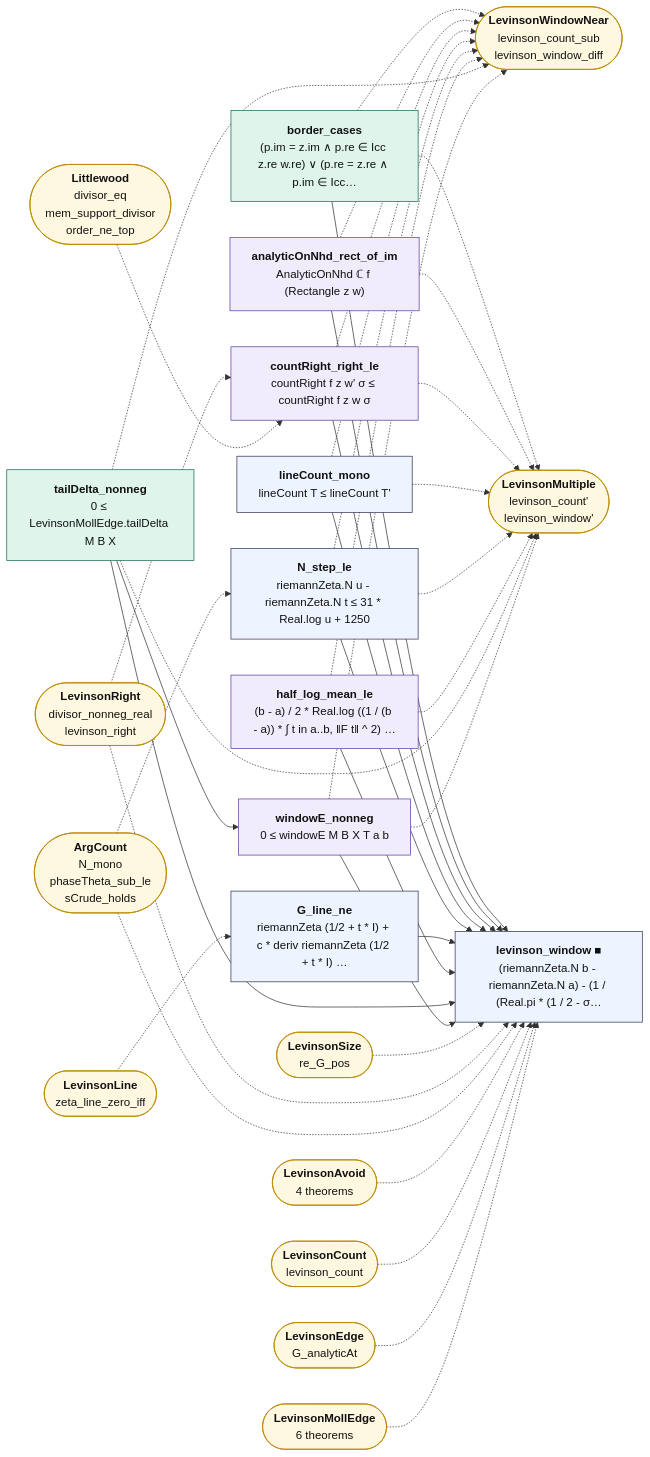
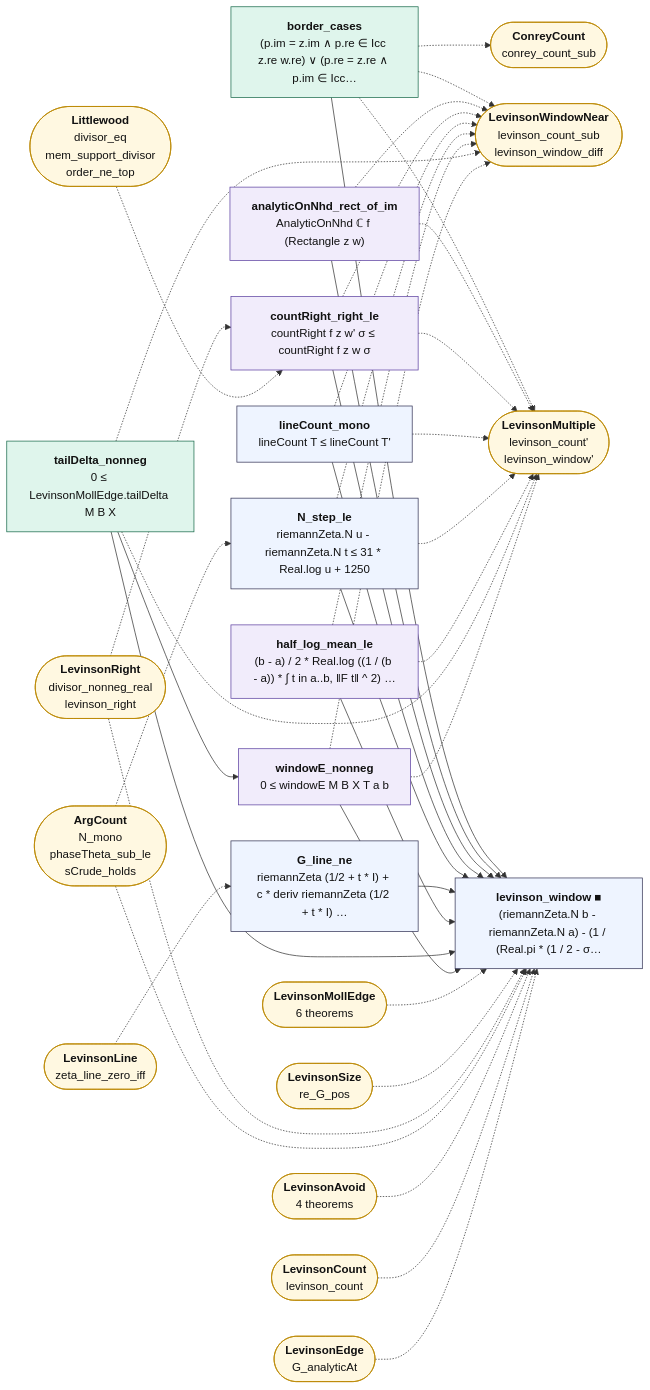
The diagram in map/lean_stage3/LevinsonWindow.md (juliansambranojr/Primebeat_081426), drawn with Mermaid before and after one commit. The commit also changed other lines of this file and 48 other files, not shown here.

````diff
--- a/map/lean_stage3/LevinsonWindow.md
+++ b/map/lean_stage3/LevinsonWindow.md
@@ -14,69 +14,71 @@
 ```mermaid
 flowchart LR
   n0["<b>border_cases</b><br/>(p.im = z.im ∧ p.re ∈ Icc z.re w.re) ∨ (p.re = z.re ∧ p.im ∈ Icc…"]:::cnt
   n1["<b>analyticOnNhd_rect_of_im</b><br/>AnalyticOnNhd ℂ f (Rectangle z w)"]:::shp
   n2["<b>countRight_right_le</b><br/>countRight f z w' σ ≤ countRight f z w σ"]:::shp
   n3["<b>lineCount_mono</b><br/>lineCount T ≤ lineCount T'"]:::thm
   n4["<b>N_step_le</b><br/>riemannZeta.N u - riemannZeta.N t ≤ 31 * Real.log u + 1250"]:::thm
   n5["<b>G_line_ne</b><br/>riemannZeta (1/2 + t * I) + c * deriv riemannZeta (1/2 + t * I) …"]:::thm
   n6["<b>half_log_mean_le</b><br/>(b - a) / 2 * Real.log ((1 / (b - a)) * ∫ t in a..b, ‖F t‖ ^ 2) …"]:::shp
   n7["<b>tailDelta_nonneg</b><br/>0 ≤ LevinsonMollEdge.tailDelta M B X"]:::cnt
   n8["<b>windowE_nonneg</b><br/>0 ≤ windowE M B X T a b"]:::shp
   n9["<b>levinson_window ■</b><br/>(riemannZeta.N b - riemannZeta.N a) - (1 / (Real.pi * (1 / 2 - σ…"]:::thm
-  x0(["<b>LevinsonMultiple</b><br/>levinson_count'<br/>levinson_window'"]):::ext
-  x1(["<b>LevinsonWindowNear</b><br/>levinson_count_sub<br/>levinson_window_diff"]):::ext
-  x2(["<b>LevinsonRight</b><br/>divisor_nonneg_real<br/>levinson_right"]):::ext
-  x3(["<b>Littlewood</b><br/>divisor_eq<br/>mem_support_divisor<br/>order_ne_top"]):::ext
-  x4(["<b>ArgCount</b><br/>N_mono<br/>phaseTheta_sub_le<br/>sCrude_holds"]):::ext
-  x5(["<b>LevinsonLine</b><br/>zeta_line_zero_iff"]):::ext
-  x6(["<b>LevinsonAvoid</b><br/>4 theorems"]):::ext
-  x7(["<b>LevinsonCount</b><br/>levinson_count"]):::ext
-  x8(["<b>LevinsonEdge</b><br/>G_analyticAt"]):::ext
-  x9(["<b>LevinsonMollEdge</b><br/>6 theorems"]):::ext
-  x10(["<b>LevinsonSize</b><br/>re_G_pos"]):::ext
+  x0(["<b>ConreyCount</b><br/>conrey_count_sub"]):::ext
+  x1(["<b>LevinsonMultiple</b><br/>levinson_count'<br/>levinson_window'"]):::ext
+  x2(["<b>LevinsonWindowNear</b><br/>levinson_count_sub<br/>levinson_window_diff"]):::ext
+  x3(["<b>LevinsonRight</b><br/>divisor_nonneg_real<br/>levinson_right"]):::ext
+  x4(["<b>Littlewood</b><br/>divisor_eq<br/>mem_support_divisor<br/>order_ne_top"]):::ext
+  x5(["<b>ArgCount</b><br/>N_mono<br/>phaseTheta_sub_le<br/>sCrude_holds"]):::ext
+  x6(["<b>LevinsonLine</b><br/>zeta_line_zero_iff"]):::ext
+  x7(["<b>LevinsonAvoid</b><br/>4 theorems"]):::ext
+  x8(["<b>LevinsonCount</b><br/>levinson_count"]):::ext
+  x9(["<b>LevinsonEdge</b><br/>G_analyticAt"]):::ext
+  x10(["<b>LevinsonMollEdge</b><br/>6 theorems"]):::ext
+  x11(["<b>LevinsonSize</b><br/>re_G_pos"]):::ext
   n0 --> n9
   n1 --> n9
   n2 --> n9
   n3 --> n9
   n4 --> n9
   n5 --> n9
   n6 --> n9
   n7 --> n8
   n7 --> n9
   n8 --> n9
   n0 -.-> x0
   n0 -.-> x1
-  n1 -.-> x0
+  n0 -.-> x2
   n1 -.-> x1
-  n2 -.-> x0
+  n1 -.-> x2
   n2 -.-> x1
-  n3 -.-> x0
+  n2 -.-> x2
   n3 -.-> x1
-  n4 -.-> x0
+  n3 -.-> x2
   n4 -.-> x1
-  n6 -.-> x0
+  n4 -.-> x2
   n6 -.-> x1
-  n7 -.-> x0
+  n6 -.-> x2
   n7 -.-> x1
-  n8 -.-> x0
+  n7 -.-> x2
   n8 -.-> x1
+  n8 -.-> x2
   x10 -.-> n9
-  x2 -.-> n2
-  x2 -.-> n9
+  x11 -.-> n9
   x3 -.-> n2
-  x4 -.-> n4
-  x4 -.-> n9
-  x5 -.-> n5
-  x6 -.-> n9
+  x3 -.-> n9
+  x4 -.-> n2
+  x5 -.-> n4
+  x5 -.-> n9
+  x6 -.-> n5
   x7 -.-> n9
   x8 -.-> n9
   x9 -.-> n9
   classDef cnt fill:#dff5ec,stroke:#17694a,color:#111
   classDef shp fill:#f1ecfb,stroke:#5b3fa0,color:#111
   classDef rh fill:#ffe5e5,stroke:#c22,color:#111,stroke-width:2px
   classDef thm fill:#eef4ff,stroke:#335,color:#111
   classDef end_ fill:#e7f7e7,stroke:#2a7,color:#111,stroke-width:2px
   classDef lone fill:#fff,stroke:#999,color:#111,stroke-dasharray:4 3
   classDef bad fill:#ffe5e5,stroke:#c22,color:#111,stroke-width:2px
   classDef ext fill:#fff8e1,stroke:#b80,color:#111
 ```
````
